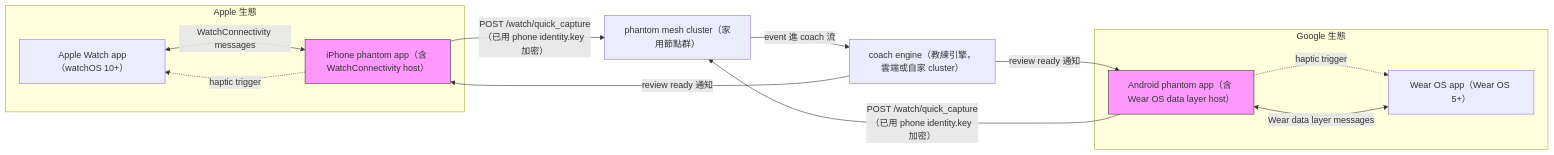
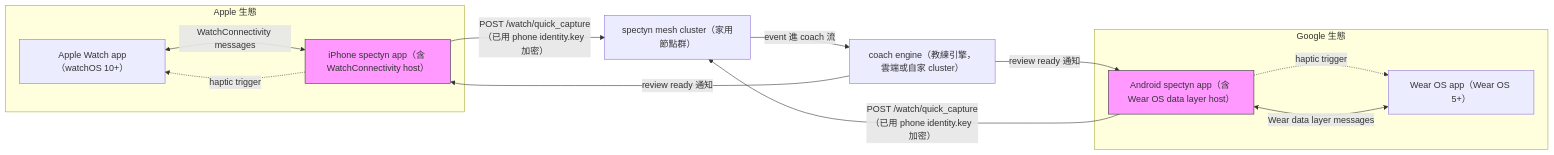
The first of 4 diagrams in docs/spec/history/2026-05-30/deferred/SPEC-73-EXP-watch-companion.md (markl-a/phantom-mesh), drawn with Mermaid before and after one commit. The commit also changed other lines of this file and 1245 other files, not shown here.

First line of the commit message:
rename: phantom -> spectyn across the public tree

````diff
--- a/docs/spec/history/2026-05-30/deferred/SPEC-73-EXP-watch-companion.md
+++ b/docs/spec/history/2026-05-30/deferred/SPEC-73-EXP-watch-companion.md
@@ -143,24 +143,24 @@
 ```mermaid
 flowchart LR
     subgraph apple["Apple 生態"]
         watch_a["Apple Watch app（watchOS 10+）"]
-        phone_a["iPhone phantom app（含 WatchConnectivity host）"]
+        phone_a["iPhone spectyn app（含 WatchConnectivity host）"]
     end
     subgraph google["Google 生態"]
         watch_g["Wear OS app（Wear OS 5+）"]
-        phone_g["Android phantom app（含 Wear OS data layer host）"]
+        phone_g["Android spectyn app（含 Wear OS data layer host）"]
     end
-    cluster["phantom mesh cluster（家用節點群）"]
+    cluster["spectyn mesh cluster（家用節點群）"]
     coach["coach engine（教練引擎，雲端或自家 cluster）"]
     watch_a <-->|"WatchConnectivity messages"| phone_a
     watch_g <-->|"Wear data layer messages"| phone_g
     phone_a -->|"POST /watch/quick_capture（已用 phone identity.key 加密）"| cluster
     phone_g -->|"POST /watch/quick_capture（已用 phone identity.key 加密）"| cluster
     cluster -->|"event 進 coach 流"| coach
     coach -->|"review ready 通知"| phone_a
     coach -->|"review ready 通知"| phone_g
     phone_a -.->|"haptic trigger"| watch_a
     phone_g -.->|"haptic trigger"| watch_g
     classDef trust fill:#f9f,stroke:#333,stroke-width:1px
     class phone_a,phone_g trust
 ```
````
